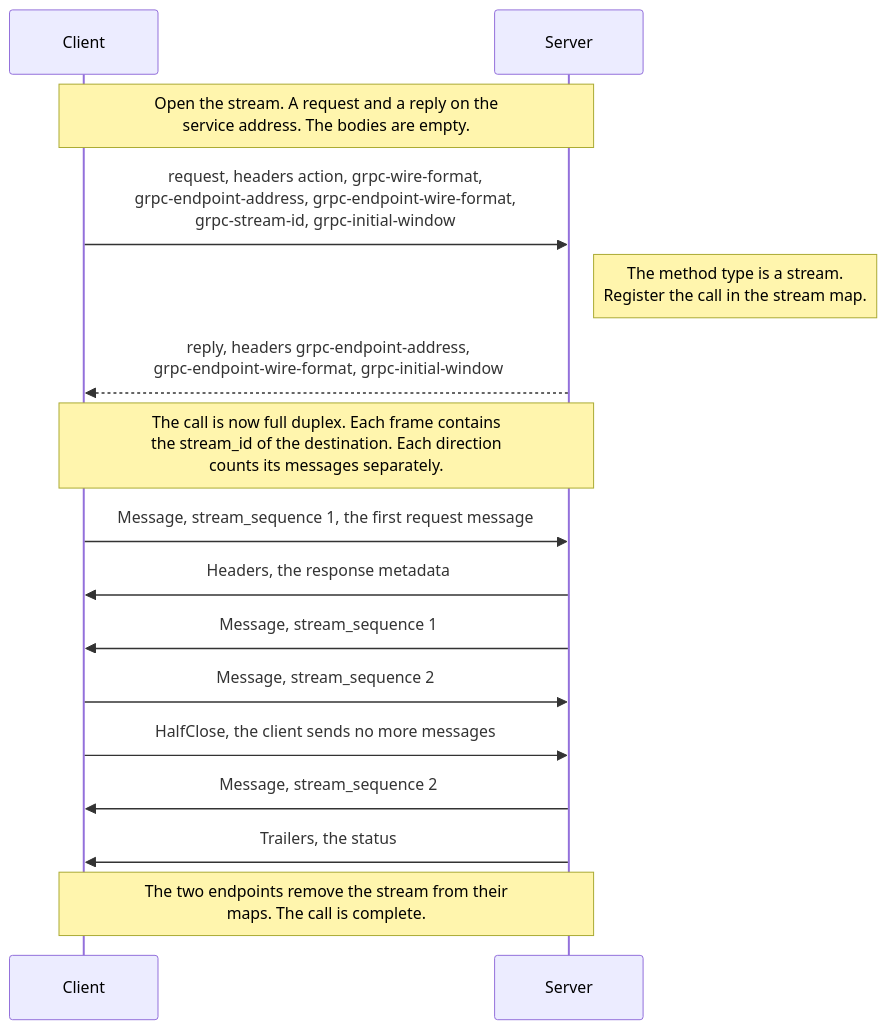
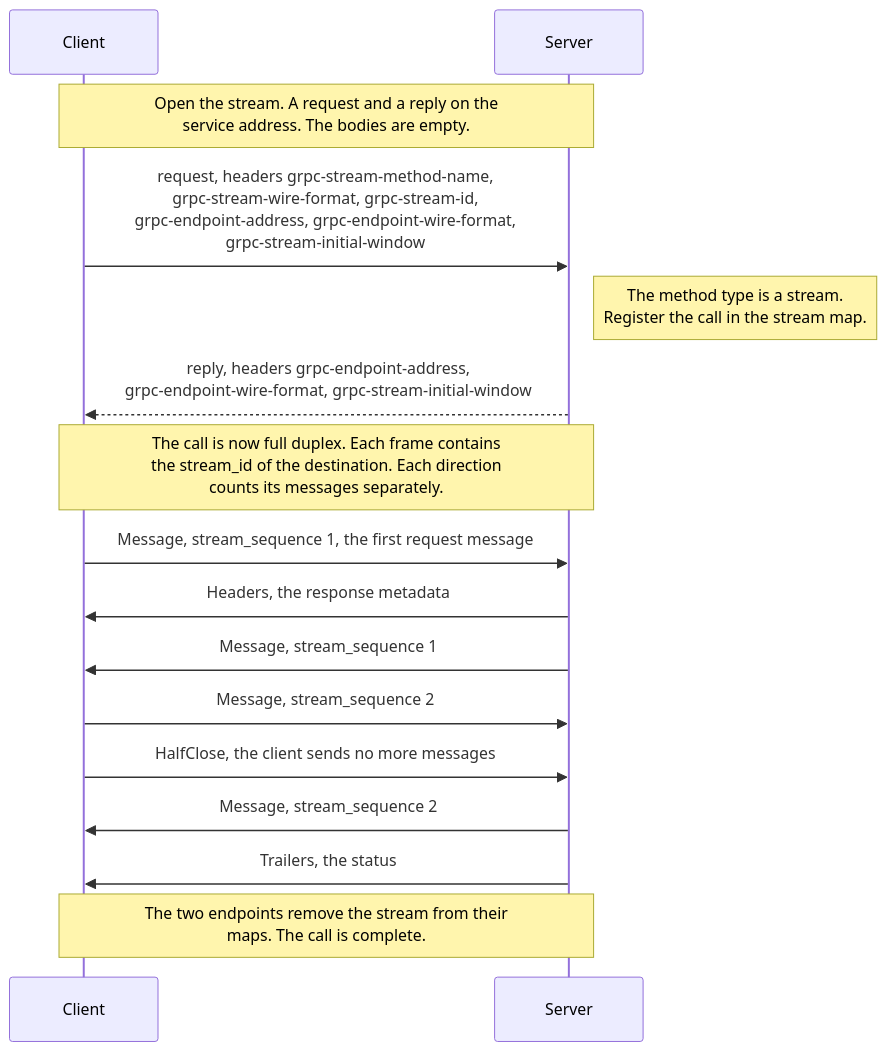
The diagram in vertx-grpc-eventbus/README.md (eclipse-vertx/vertx-grpc), drawn with Mermaid before and after one commit. The commit also changed other lines of this file and 12 other files, not shown here.

````diff
--- a/vertx-grpc-eventbus/README.md
+++ b/vertx-grpc-eventbus/README.md
@@ -151,20 +151,20 @@
 ```mermaid
 sequenceDiagram
     participant C as Client
     participant S as Server
 
     Note over C,S: Open the stream. A request and a reply on the<br/>service address. The bodies are empty.
-    C->>S: request, headers action, grpc-wire-format,<br/>grpc-endpoint-address, grpc-endpoint-wire-format,<br/>grpc-stream-id, grpc-initial-window
+    C->>S: request, headers grpc-stream-method-name,<br/>grpc-stream-wire-format, grpc-stream-id,<br/>grpc-endpoint-address, grpc-endpoint-wire-format,<br/>grpc-stream-initial-window
     Note right of S: The method type is a stream.<br/>Register the call in the stream map.
-    S-->>C: reply, headers grpc-endpoint-address,<br/>grpc-endpoint-wire-format, grpc-initial-window
+    S-->>C: reply, headers grpc-endpoint-address,<br/>grpc-endpoint-wire-format, grpc-stream-initial-window
 
     Note over C,S: The call is now full duplex. Each frame contains<br/>the stream_id of the destination. Each direction<br/>counts its messages separately.
     C->>S: Message, stream_sequence 1, the first request message
     S->>C: Headers, the response metadata
     S->>C: Message, stream_sequence 1
     C->>S: Message, stream_sequence 2
     C->>S: HalfClose, the client sends no more messages
     S->>C: Message, stream_sequence 2
     S->>C: Trailers, the status
     Note over C,S: The two endpoints remove the stream from their<br/>maps. The call is complete.
 ```
````
